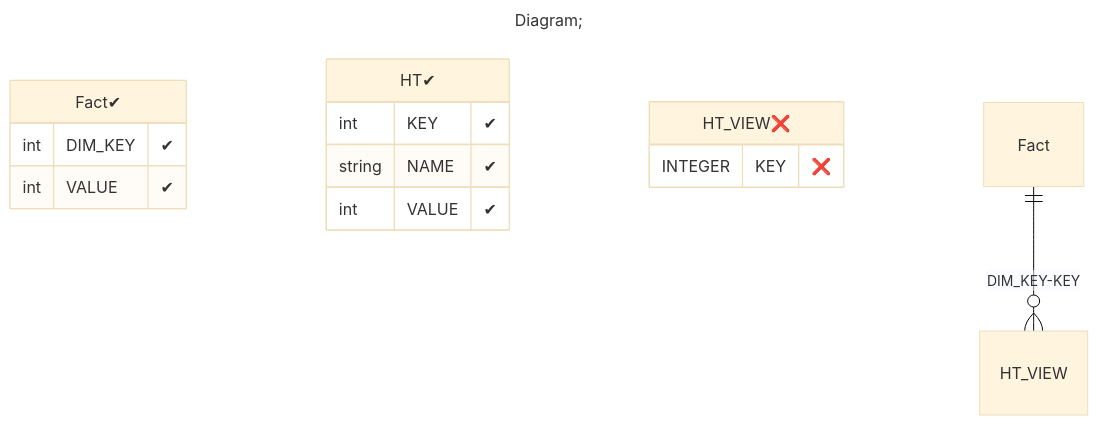
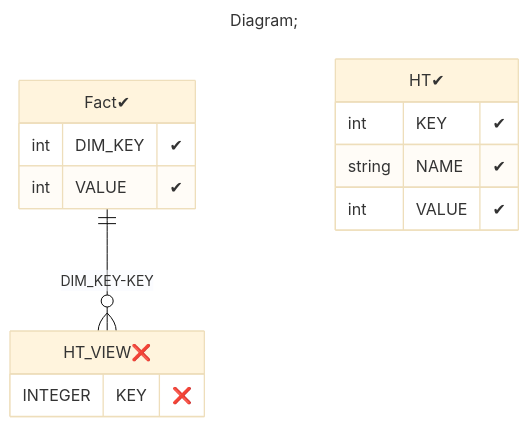
One commit to xmla-services/workground changed the third of 3 diagrams in demo/server/catalogs/tutorial_18_Cube_with_share_dimension_with_view_reference/README.MD. Above: the diagram before and after it, drawn with Mermaid (base theme). The commit also changed 16 other files, not shown here.

Commit message:
tutorials. add flags (positive, negative) in database diagram Signed-off-by: dbulahov <bulahovdenis@gmail.com>

````diff
--- a/demo/server/catalogs/tutorial_18_Cube_with_share_dimension_with_view_reference/README.MD
+++ b/demo/server/catalogs/tutorial_18_Cube_with_share_dimension_with_view_reference/README.MD
@@ -108,20 +108,20 @@
 ```mermaid
 ---
 title: Diagram;
 ---
 erDiagram
 "Fact✔"{
 int DIM_KEY "✔"
 int VALUE "✔"
 }
 "HT✔"{
 int KEY "✔"
 string NAME "✔"
 int VALUE "✔"
 }
 "HT_VIEW❌"{
 INTEGER KEY "❌"
 }
 
-"Fact" ||--o{ "HT_VIEW" : "DIM_KEY-KEY"
+"Fact✔" ||--o{ "HT_VIEW❌" : "DIM_KEY-KEY"
 ```
````
